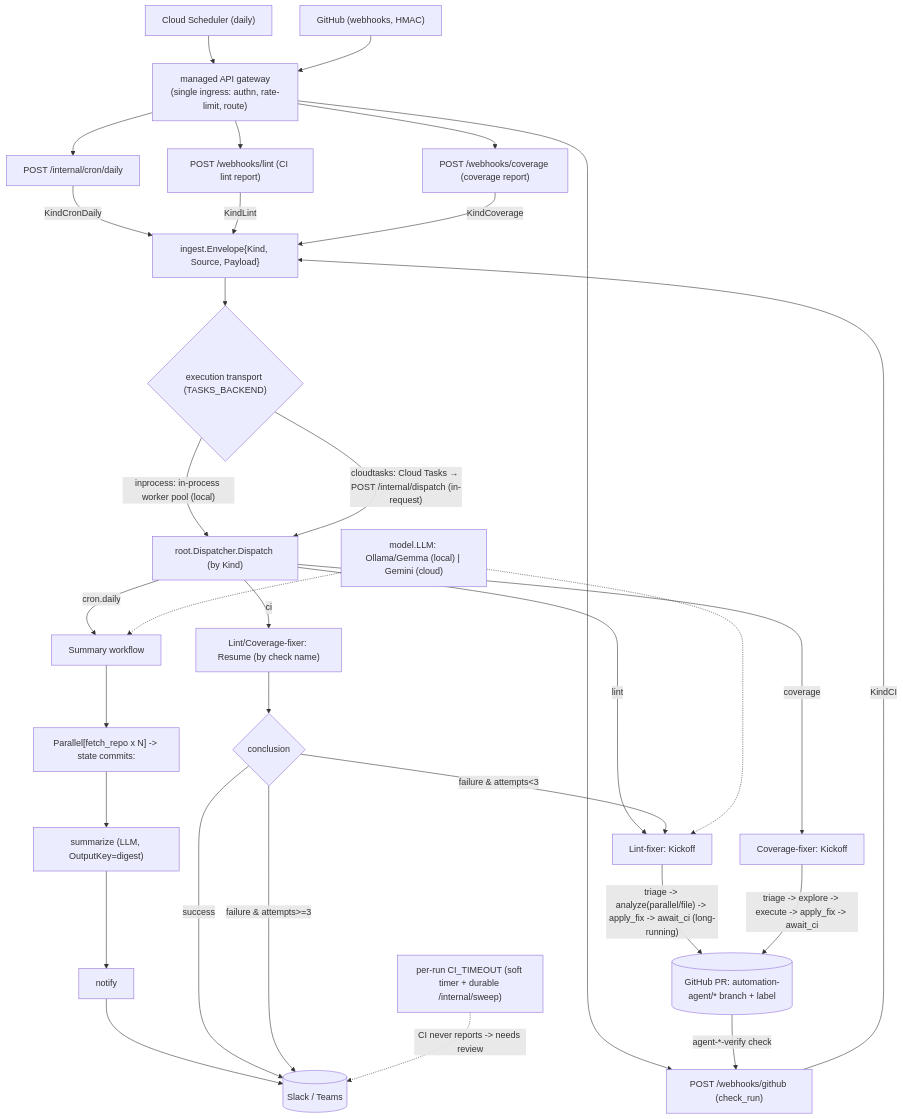
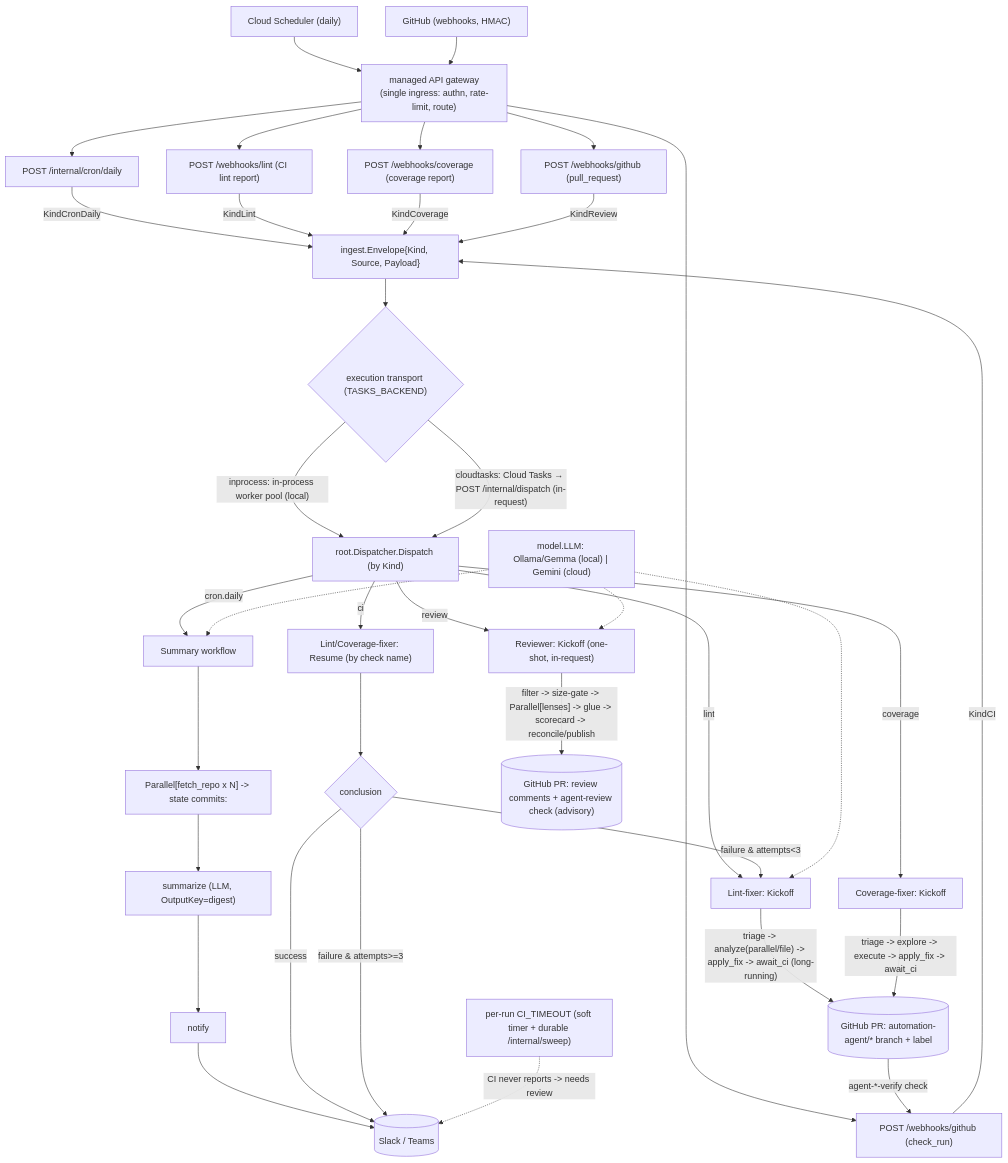
Before and after one commit to jkjamies/automation-agent: the diagram in AGENTS.md, drawn with Mermaid. The commit also changed other lines of this file and 5 other files, not shown here.

First line of the commit message:
Document the PR code-review agent (config table, webhooks, diagrams) (#32)

````diff
--- a/AGENTS.md
+++ b/AGENTS.md
@@ -36,37 +36,43 @@
 ```mermaid
 flowchart TD
     CS["Cloud Scheduler (daily)"] --> GW
     GH["GitHub (webhooks, HMAC)"] --> GW
     GW["managed API gateway<br/>(single ingress: authn, rate-limit, route)"] --> Cron["POST /internal/cron/daily"]
     GW --> WLint["POST /webhooks/lint (CI lint report)"]
     GW --> WCov["POST /webhooks/coverage (coverage report)"]
     GW --> WCI["POST /webhooks/github (check_run)"]
+    GW --> WReview["POST /webhooks/github (pull_request)"]
     Cron -->|KindCronDaily| Env["ingest.Envelope{Kind, Source, Payload}"]
     WLint -->|KindLint| Env
     WCov -->|KindCoverage| Env
     WCI -->|KindCI| Env
+    WReview -->|KindReview| Env
     Env --> TX{"execution transport (TASKS_BACKEND)"}
     TX -->|"inprocess: in-process worker pool (local)"| Root
     TX -->|"cloudtasks: Cloud Tasks → POST /internal/dispatch (in-request)"| Root
     Root["root.Dispatcher.Dispatch (by Kind)"]
     Root -->|"cron.daily"| Sum["Summary workflow"]
     Root -->|lint| LFK["Lint-fixer: Kickoff"]
     Root -->|coverage| CFK["Coverage-fixer: Kickoff"]
     Root -->|ci| LFR["Lint/Coverage-fixer: Resume (by check name)"]
+    Root -->|review| RVK["Reviewer: Kickoff (one-shot, in-request)"]
 
     Sum --> Par["Parallel[fetch_repo x N] -> state commits:<repo>"]
     Par --> Smz["summarize (LLM, OutputKey=digest)"]
     Smz --> Ntf["notify"] --> Chat[("Slack / Teams")]
 
     LFK -->|"triage -> analyze(parallel/file) -> apply_fix -> await_ci (long-running)"| PR[("GitHub PR: automation-agent/* branch + label")]
     CFK -->|"triage -> explore -> execute -> apply_fix -> await_ci"| PR
     PR -->|"agent-*-verify check"| WCI
     LFR --> Dec{conclusion}
     Dec -->|success| Chat
     Dec -->|"failure & attempts<3"| LFK
     Dec -->|"failure & attempts>=3"| Chat
     TO["per-run CI_TIMEOUT (soft timer + durable /internal/sweep)"] -.->|"CI never reports -> needs review"| Chat
 
+    RVK -->|"filter -> size-gate -> Parallel[lenses] -> glue -> scorecard -> reconcile/publish"| RV[("GitHub PR: review comments + agent-review check (advisory)")]
+
     Models["model.LLM: Ollama/Gemma (local) | Gemini (cloud)"] -.-> Sum
     Models -.-> LFK
+    Models -.-> RVK
 ```
````
